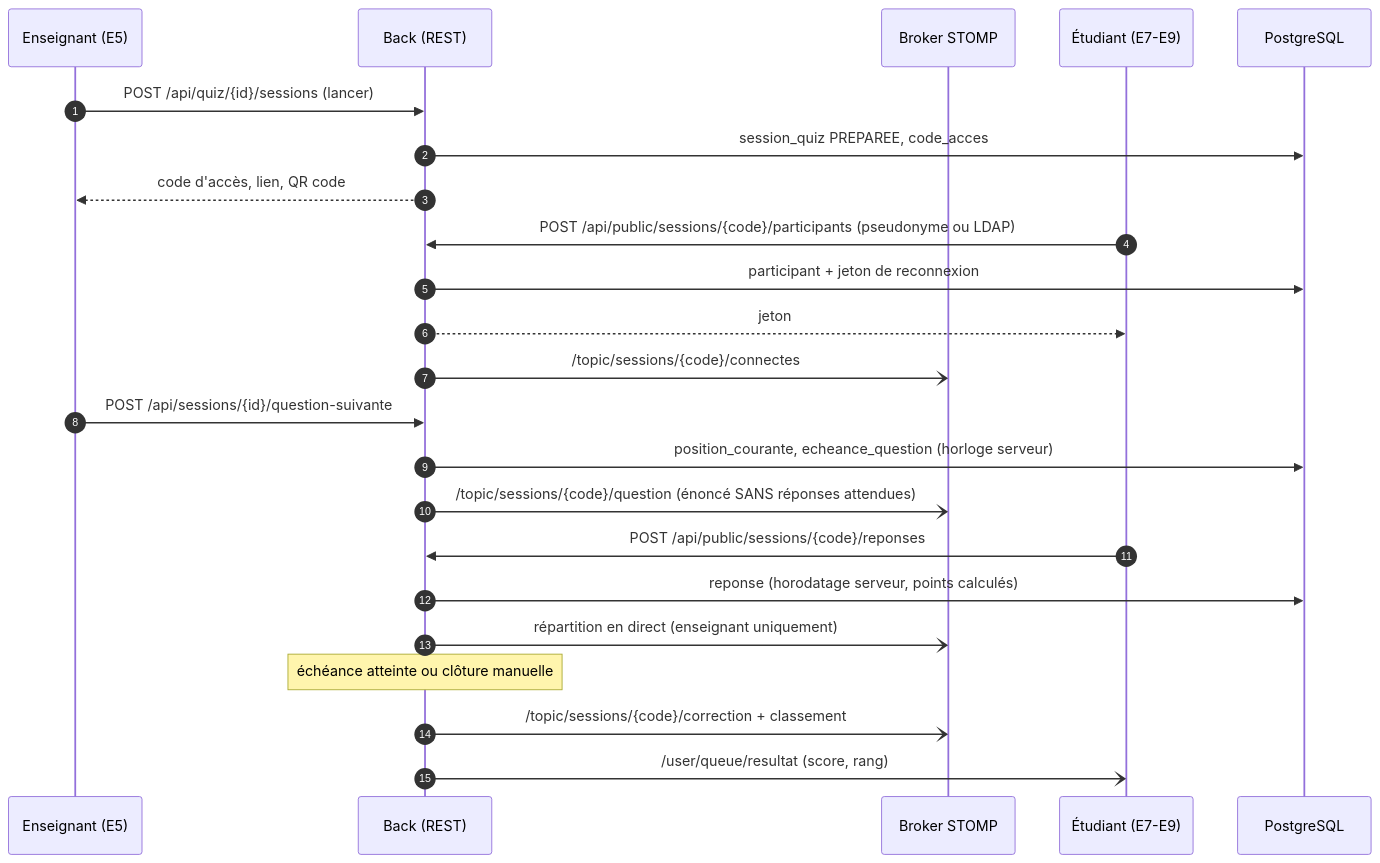
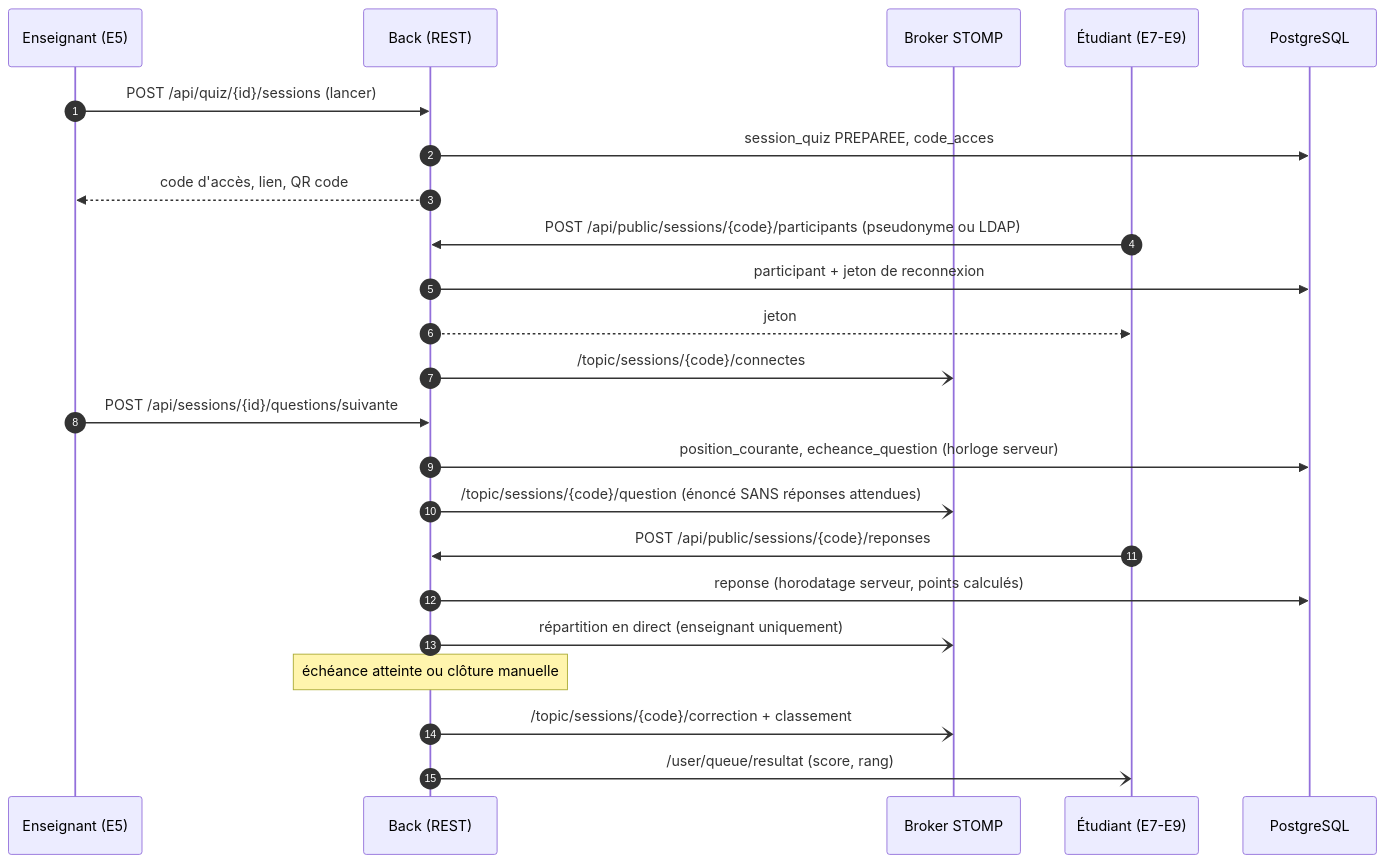
Before and after one commit to DUT-Info-Montreuil/SAE_S5_2026_Quizzard_Back: the third of 3 diagrams in docs/ARCHITECTURE.md, drawn with Mermaid. The commit also changed other lines of this file and 2 other files, not shown here.

Commit message:
Documentation : plan et règles de l'UC7
Complète DESIGN.md et ARCHITECTURE.md. Le plan par étapes, les écarts
avec le dossier et le reste à faire ont leur propre fichier, car les
branches UC3 et UC9 modifient TODO.md au même endroit.

````diff
--- a/docs/ARCHITECTURE.md
+++ b/docs/ARCHITECTURE.md
@@ -148,26 +148,26 @@
 ```mermaid
 sequenceDiagram
     autonumber
     participant Ens as Enseignant (E5)
     participant API as Back (REST)
     participant WS as Broker STOMP
     participant Etu as Étudiant (E7-E9)
     participant DB as PostgreSQL
 
     Ens->>API: POST /api/quiz/{id}/sessions (lancer)
     API->>DB: session_quiz PREPAREE, code_acces
     API-->>Ens: code d'accès, lien, QR code
     Etu->>API: POST /api/public/sessions/{code}/participants (pseudonyme ou LDAP)
     API->>DB: participant + jeton de reconnexion
     API-->>Etu: jeton
     API-)WS: /topic/sessions/{code}/connectes
-    Ens->>API: POST /api/sessions/{id}/question-suivante
+    Ens->>API: POST /api/sessions/{id}/questions/suivante
     API->>DB: position_courante, echeance_question (horloge serveur)
     API-)WS: /topic/sessions/{code}/question (énoncé SANS réponses attendues)
     Etu->>API: POST /api/public/sessions/{code}/reponses
     API->>DB: reponse (horodatage serveur, points calculés)
     API-)WS: répartition en direct (enseignant uniquement)
     Note over API: échéance atteinte ou clôture manuelle
     API-)WS: /topic/sessions/{code}/correction + classement
     API-)Etu: /user/queue/resultat (score, rang)
 ```
````
